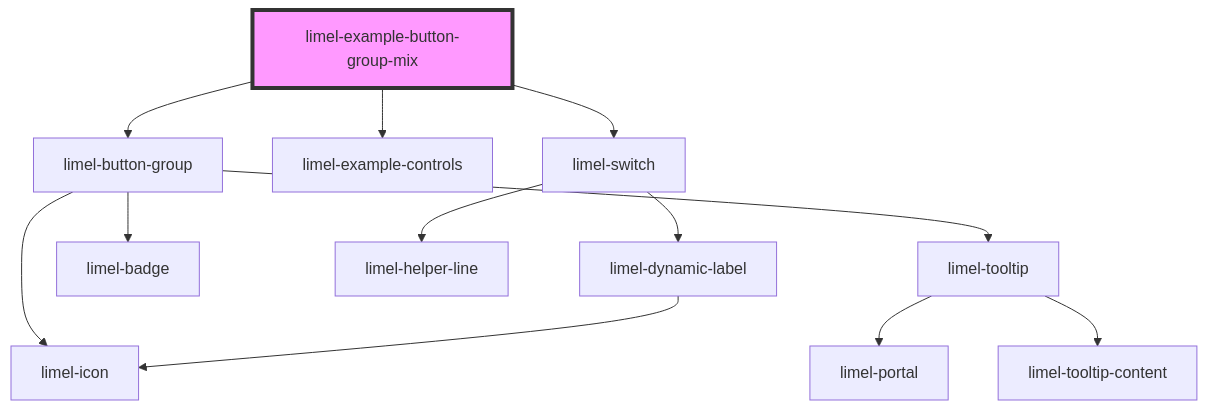
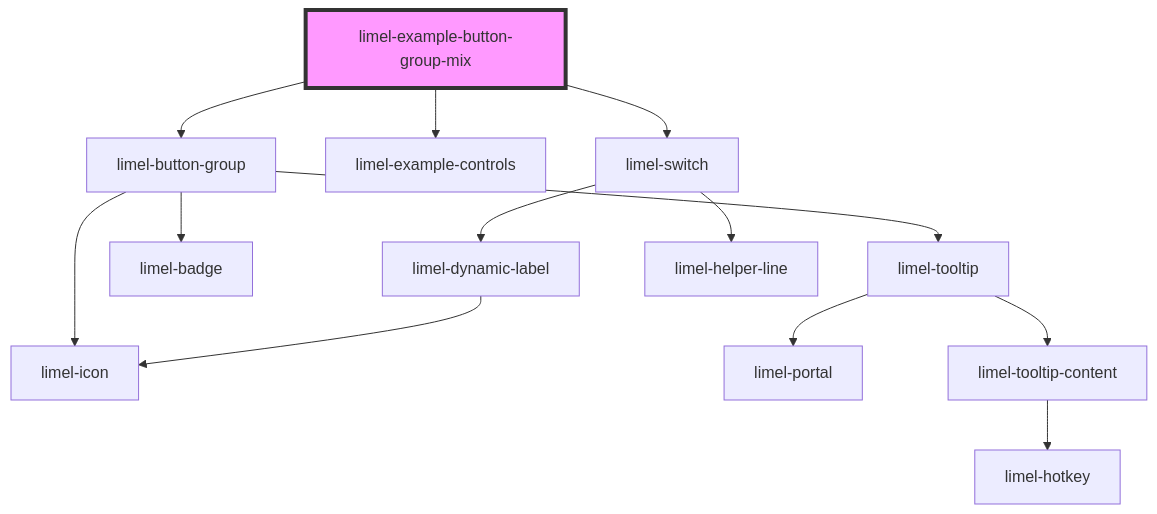
The diagram in versions/PR-3778/markdown-docs/components/button-group/examples/readme.md (Lundalogik/lime-elements), drawn with Mermaid before and after one commit. The commit also changed 773 other files, not shown here.

````diff
--- a/versions/PR-3778/markdown-docs/components/button-group/examples/readme.md
+++ b/versions/PR-3778/markdown-docs/components/button-group/examples/readme.md
@@ -25,15 +25,16 @@
 ```mermaid
 graph TD;
   limel-example-button-group-mix --> limel-button-group
   limel-example-button-group-mix --> limel-example-controls
   limel-example-button-group-mix --> limel-switch
   limel-button-group --> limel-icon
   limel-button-group --> limel-tooltip
   limel-button-group --> limel-badge
   limel-tooltip --> limel-portal
   limel-tooltip --> limel-tooltip-content
+  limel-tooltip-content --> limel-hotkey
+  limel-switch --> limel-dynamic-label
   limel-switch --> limel-helper-line
-  limel-switch --> limel-dynamic-label
   limel-dynamic-label --> limel-icon
   style limel-example-button-group-mix fill:#f9f,stroke:#333,stroke-width:4px
 ```
````
